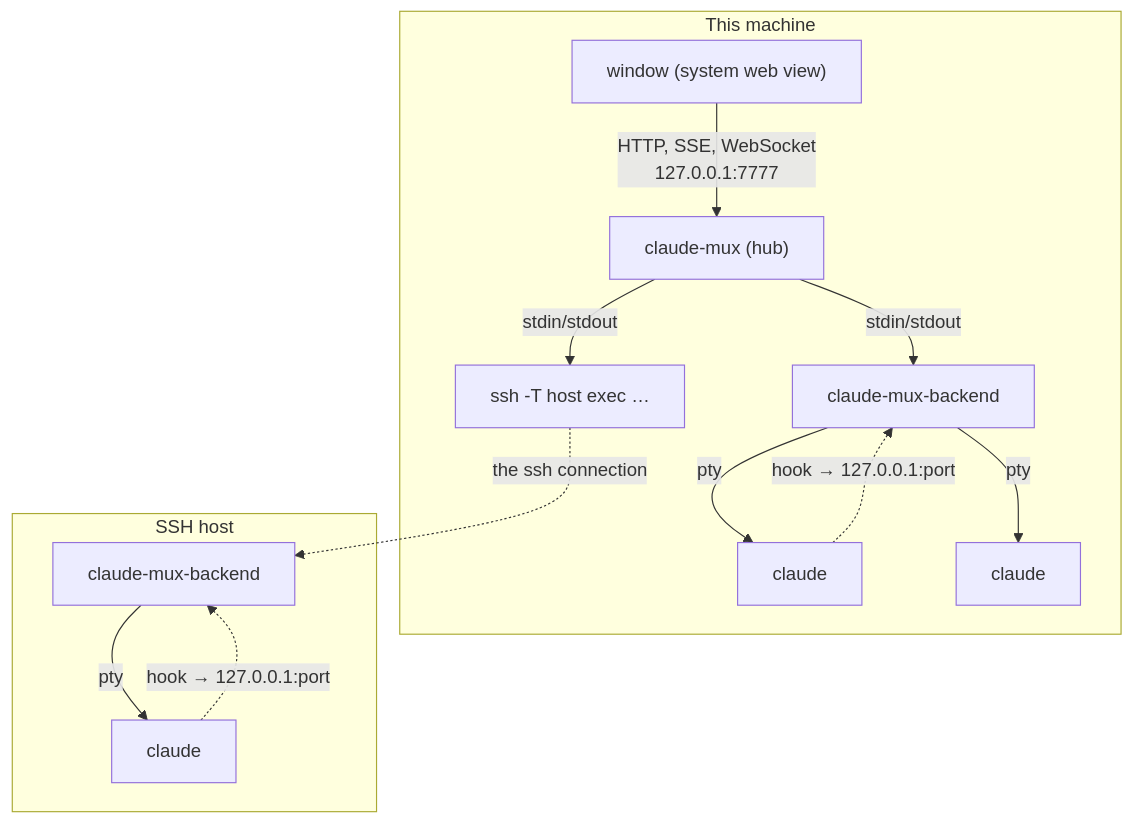
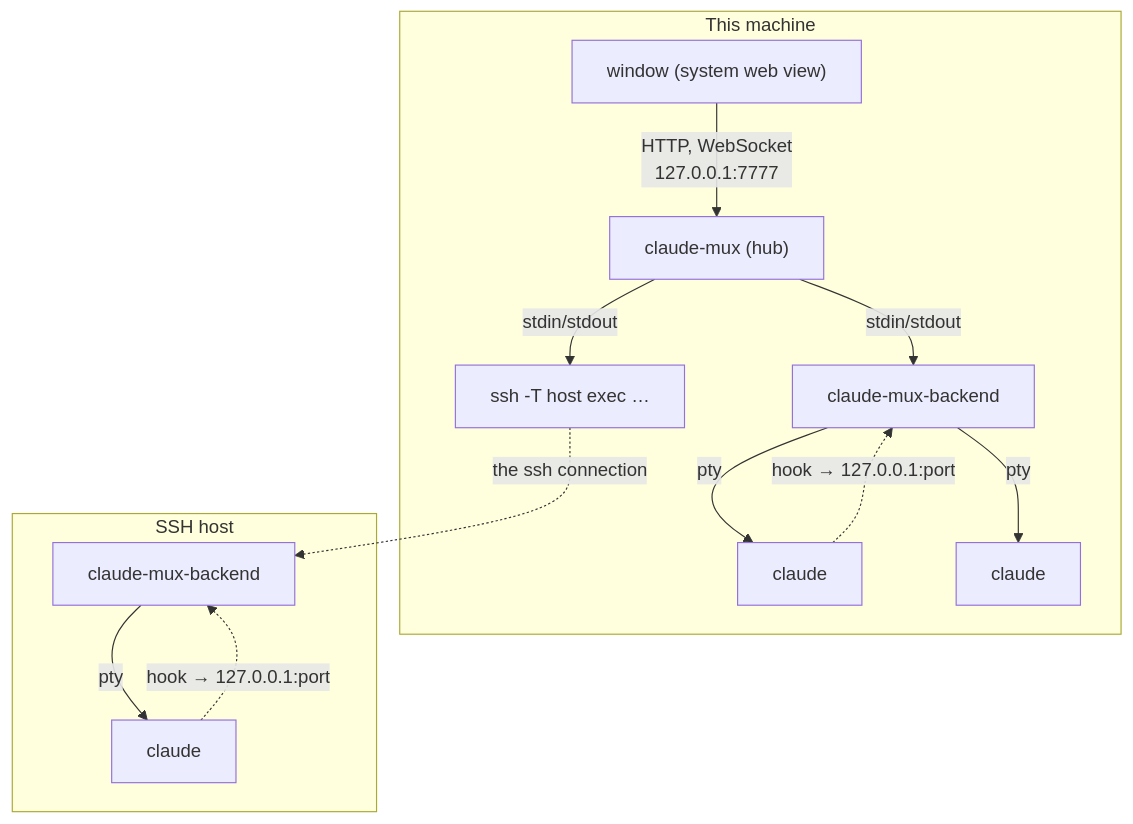
Before and after one commit to askolesov/claude-mux: the first of 5 diagrams in docs/how-it-works.md, drawn with Mermaid. The commit also changed other lines of this file and 24 other files, not shown here.

````diff
--- a/docs/how-it-works.md
+++ b/docs/how-it-works.md
@@ -52,16 +53,16 @@
 ```mermaid
 flowchart TB
     subgraph mac["This machine"]
-        win["window (system web view)"] -- "HTTP, SSE, WebSocket<br/>127.0.0.1:7777" --> hub["claude-mux (hub)"]
+        win["window (system web view)"] -- "HTTP, WebSocket<br/>127.0.0.1:7777" --> hub["claude-mux (hub)"]
         hub -- "stdin/stdout" --> lb["claude-mux-backend"]
         lb -- pty --> lc1["claude"]
         lb -- pty --> lc2["claude"]
         hub -- "stdin/stdout" --> sshc["ssh -T host exec …"]
     end
     subgraph host["SSH host"]
         sshc -. "the ssh connection" .-> rb["claude-mux-backend"]
         rb -- pty --> rc["claude"]
     end
     lc1 -. "hook → 127.0.0.1:port" .-> lb
     rc -. "hook → 127.0.0.1:port" .-> rb
 ```
````
